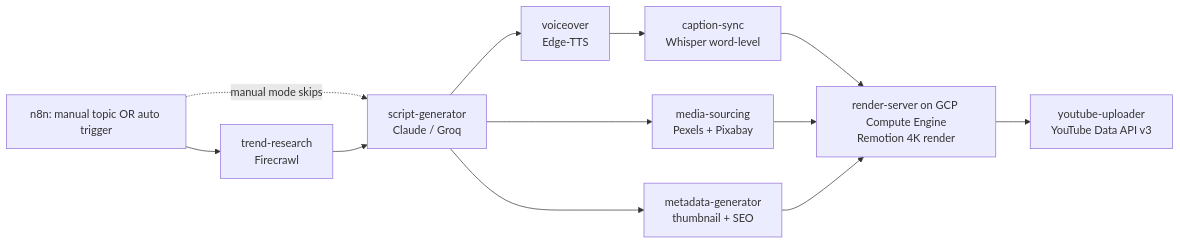
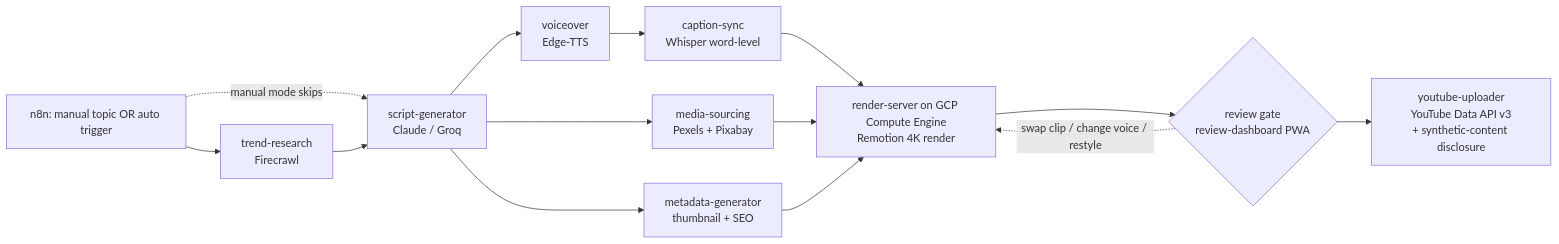
The diagram in README.md (alihamzagondal57/ai-news-youtube-automation), drawn with Mermaid before and after one commit. The commit also changed other lines of this file and 11 other files, not shown here.

````diff
--- a/README.md
+++ b/README.md
@@ -22,14 +26,16 @@
 ```mermaid
 flowchart LR
     A[n8n: manual topic OR auto trigger] --> B[trend-research\nFirecrawl]
     A -.manual mode skips.-> C
     B --> C[script-generator\nClaude / Groq]
     C --> D[voiceover\nEdge-TTS]
     D --> E[caption-sync\nWhisper word-level]
     C --> F[media-sourcing\nPexels + Pixabay]
     C --> G[metadata-generator\nthumbnail + SEO]
     E --> H
     F --> H[render-server on GCP Compute Engine\nRemotion 4K render]
     G --> H
-    H --> I[youtube-uploader\nYouTube Data API v3]
+    H --> R{review gate\nreview-dashboard PWA}
+    R -.swap clip / change voice / restyle.-> H
+    R --> I[youtube-uploader\nYouTube Data API v3\n+ synthetic-content disclosure]
 ```
````
